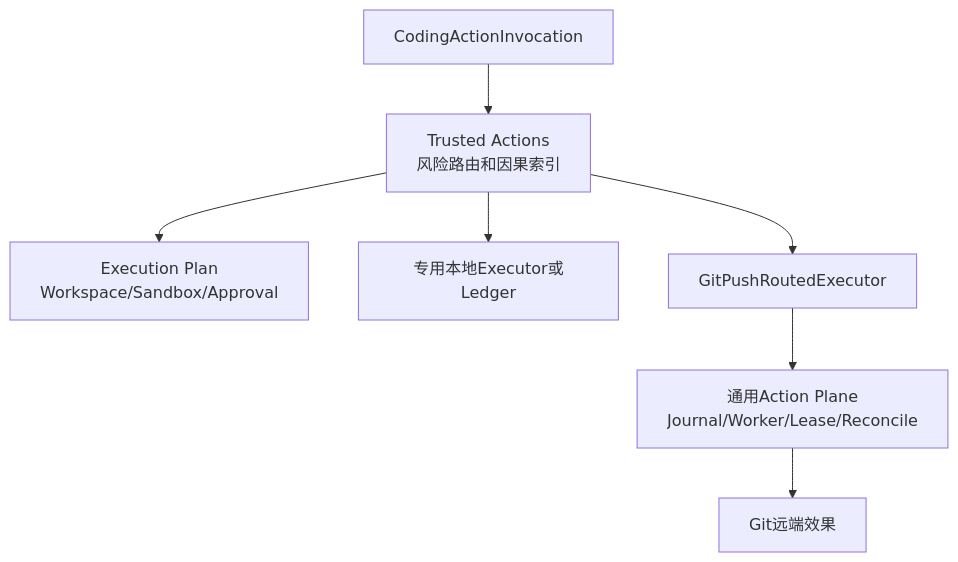
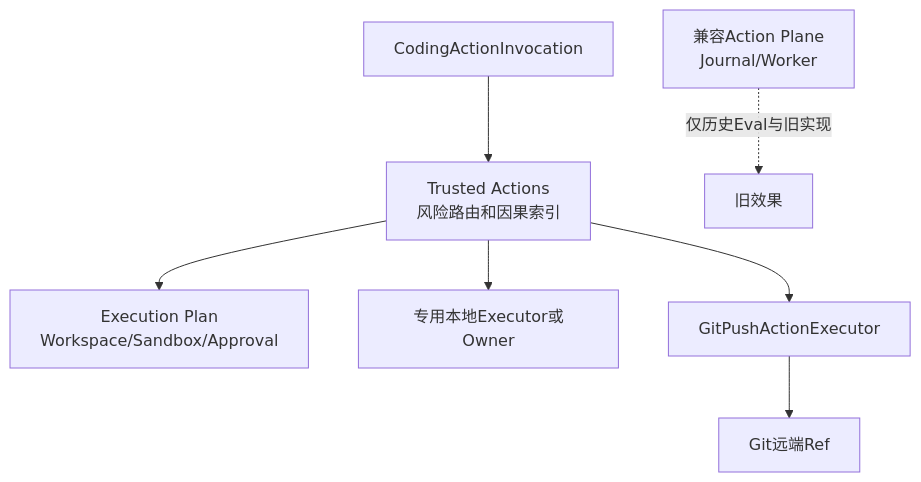
The second of 18 diagrams in docs/modules/trusted-actions.md (carrie1988/Harnessix), drawn with Mermaid before and after one commit. The commit also changed other lines of this file and 16 other files, not shown here.

Commit message:
refactor: 将 Git Push 收敛至 Trusted Action

````diff
--- a/docs/modules/trusted-actions.md
+++ b/docs/modules/trusted-actions.md
@@ -225,9 +225,9 @@
 ```mermaid
 flowchart TD
     Invoke[CodingActionInvocation] --> Trusted[Trusted Actions<br/>风险路由和因果索引]
     Trusted --> Exec[Execution Plan<br/>Workspace/Sandbox/Approval]
-    Trusted --> Local[专用本地Executor或Ledger]
-    Trusted --> Bridge[GitPushRoutedExecutor]
-    Bridge --> Plane[通用Action Plane<br/>Journal/Worker/Lease/Reconcile]
-    Plane --> External[Git远端效果]
+    Trusted --> Local[专用本地Executor或Owner]
+    Trusted --> Git[GitPushActionExecutor]
+    Git --> External[Git远端Ref]
+    Legacy[兼容Action Plane<br/>Journal/Worker] -.仅历史Eval与旧实现.-> LegacyEffect[旧效果]
 ```
````
